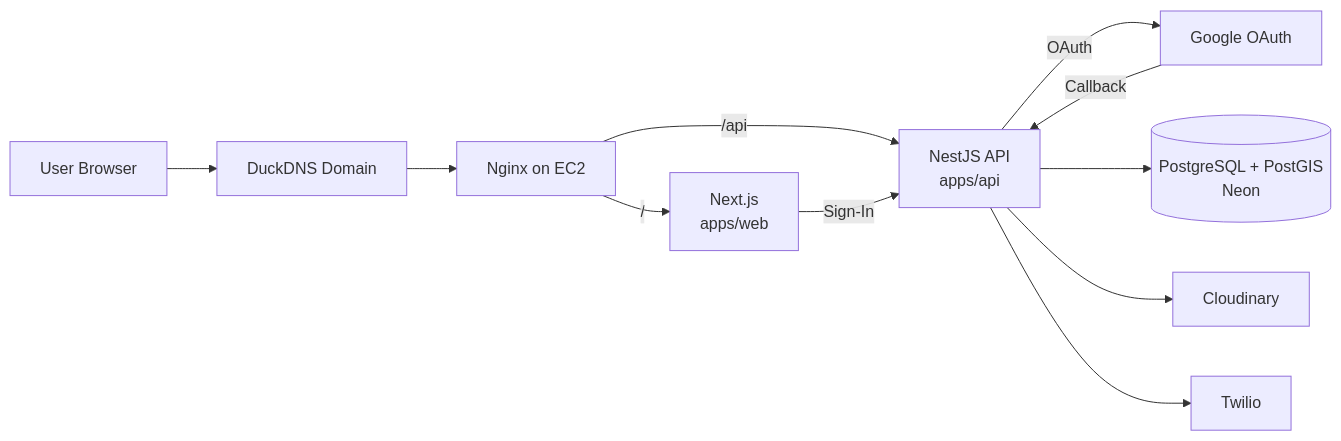
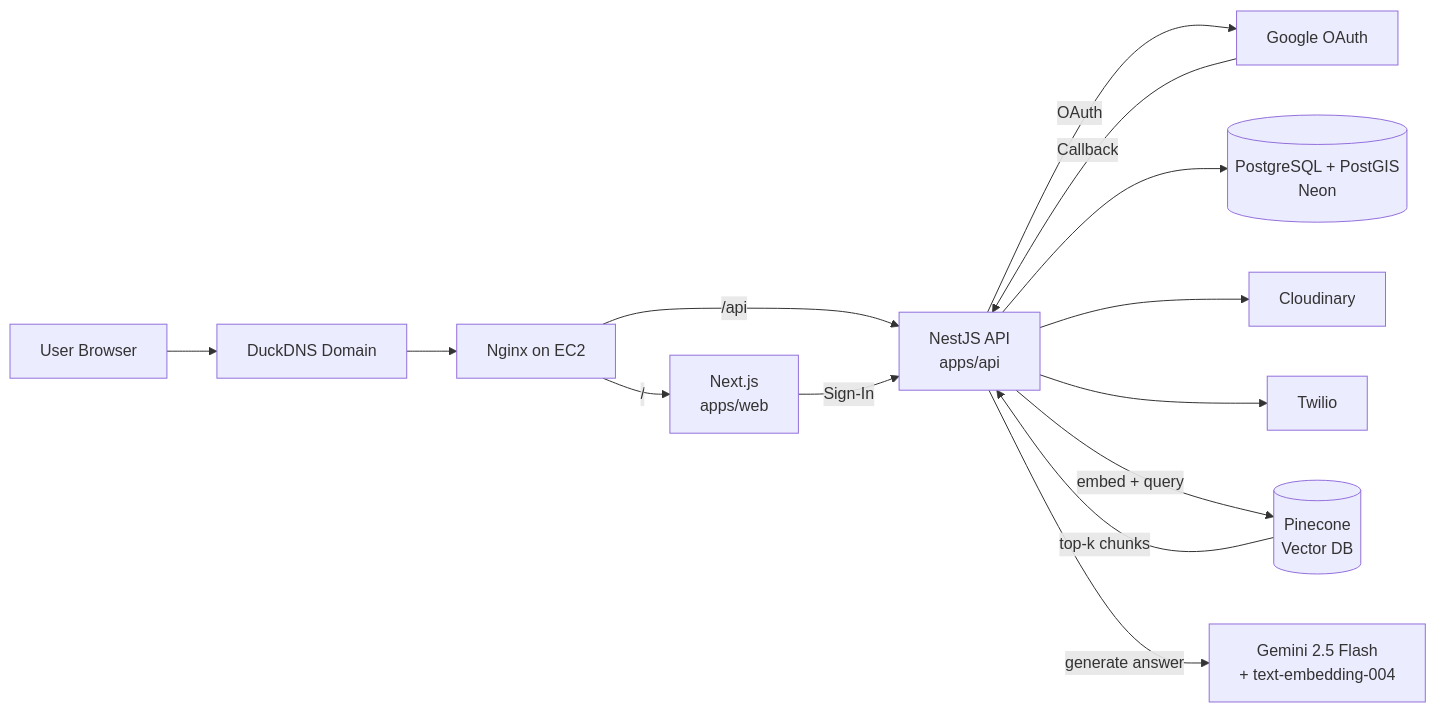
The diagram in README.md (nishmikaeka/resq-disaster-platform), drawn with Mermaid before and after one commit. The commit also changed other lines of this file and 6 other files, not shown here.

````diff
--- a/README.md
+++ b/README.md
@@ -292,22 +371,27 @@
 ```mermaid
 flowchart LR
     U[User Browser]
     D[DuckDNS Domain]
     N[Nginx on EC2]
     W[Next.js\napps/web]
     A[NestJS API\napps/api]
     P[(PostgreSQL + PostGIS\nNeon)]
+    PC[(Pinecone\nVector DB)]
+    GM[Gemini 2.5 Flash\n+ text-embedding-004]
     C[Cloudinary]
     T[Twilio]
     G[Google OAuth]
 
     U --> D --> N
     N -->|/| W
     N -->|/api| A
     W -->|Sign-In| A
     A -->|OAuth| G
     G -->|Callback| A
     A --> P
     A --> C
     A --> T
+    A -->|embed + query| PC
+    A -->|generate answer| GM
+    PC -->|top-k chunks| A
 ```
````
